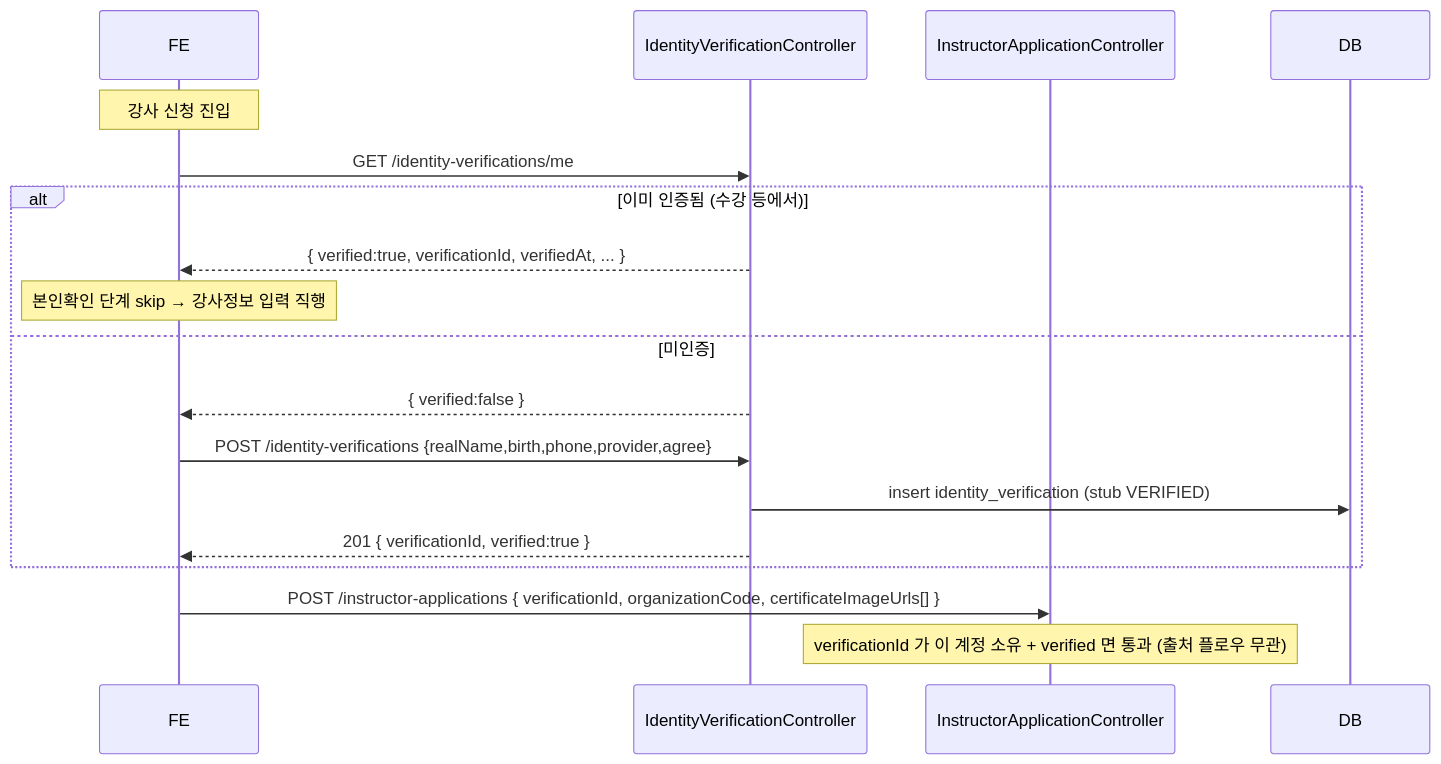
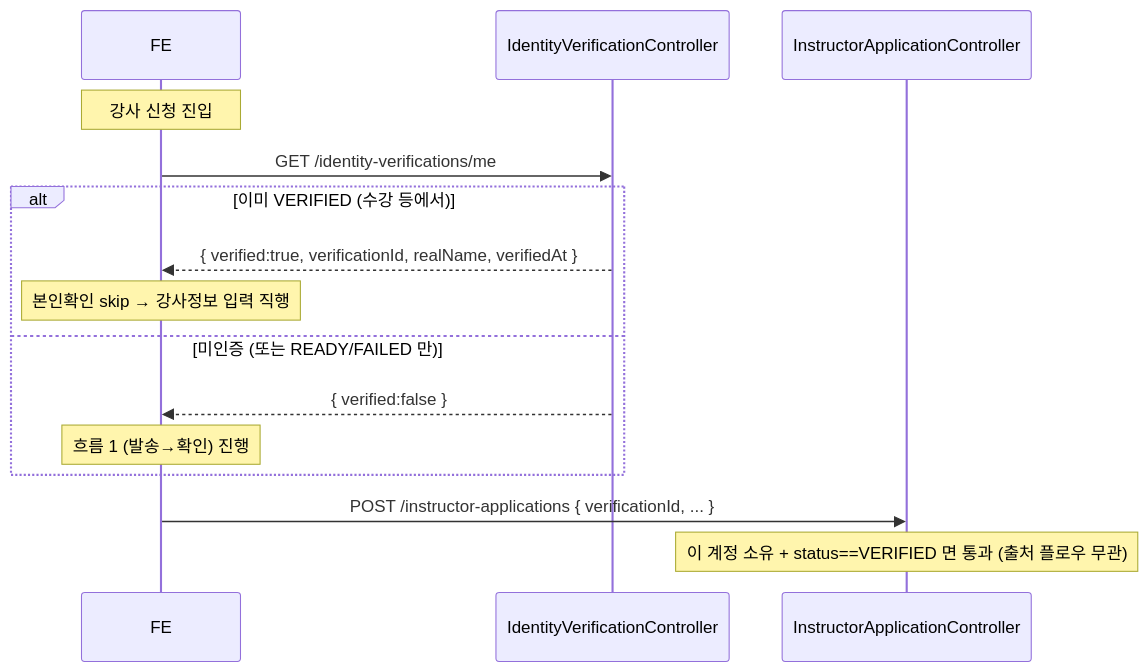
Before and after one commit to pungdong/Pungdong-Backend: the third of 4 diagrams in docs/architecture/identity-verification.md, drawn with Mermaid. The commit also changed other lines of this file and 6 other files, not shown here.

````diff
--- a/docs/architecture/identity-verification.md
+++ b/docs/architecture/identity-verification.md
@@ -48,21 +89,18 @@
 ```mermaid
 sequenceDiagram
     participant FE
     participant IDV as IdentityVerificationController
     participant IA as InstructorApplicationController
-    participant DB
 
     Note over FE: 강사 신청 진입
     FE->>IDV: GET /identity-verifications/me
-    alt 이미 인증됨 (수강 등에서)
-        IDV-->>FE: { verified:true, verificationId, verifiedAt, ... }
-        Note over FE: 본인확인 단계 skip → 강사정보 입력 직행
-    else 미인증
+    alt 이미 VERIFIED (수강 등에서)
+        IDV-->>FE: { verified:true, verificationId, realName, verifiedAt }
+        Note over FE: 본인확인 skip → 강사정보 입력 직행
+    else 미인증 (또는 READY/FAILED 만)
         IDV-->>FE: { verified:false }
-        FE->>IDV: POST /identity-verifications {realName,birth,phone,provider,agree}
-        IDV->>DB: insert identity_verification (stub VERIFIED)
-        IDV-->>FE: 201 { verificationId, verified:true }
+        Note over FE: 흐름 1 (발송→확인) 진행
     end
-    FE->>IA: POST /instructor-applications { verificationId, organizationCode, certificateImageUrls[] }
-    Note over IA: verificationId 가 이 계정 소유 + verified 면 통과 (출처 플로우 무관)
+    FE->>IA: POST /instructor-applications { verificationId, ... }
+    Note over IA: 이 계정 소유 + status==VERIFIED 면 통과 (출처 플로우 무관)
 ```
````
